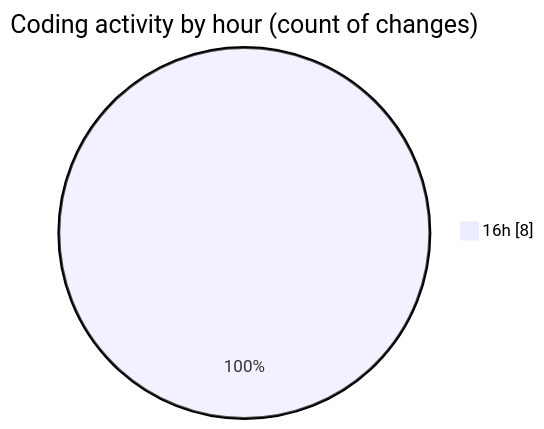
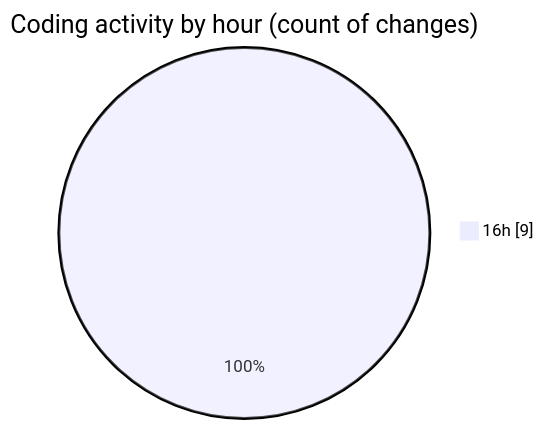
One commit to NitaiMahat/code-tracking changed the second of 2 diagrams in 2025-02-05/coding_prac/README.md. Above: the diagram before and after it, drawn with Mermaid. The commit also changed other lines of this file and 1 other file, not shown here.

````diff
--- a/2025-02-05/coding_prac/README.md
+++ b/2025-02-05/coding_prac/README.md
@@ -30,5 +31,5 @@
 ```mermaid
 pie showData
 title Coding activity by hour (count of changes)
-"16h" : 8
+"16h" : 9
 ```
````
